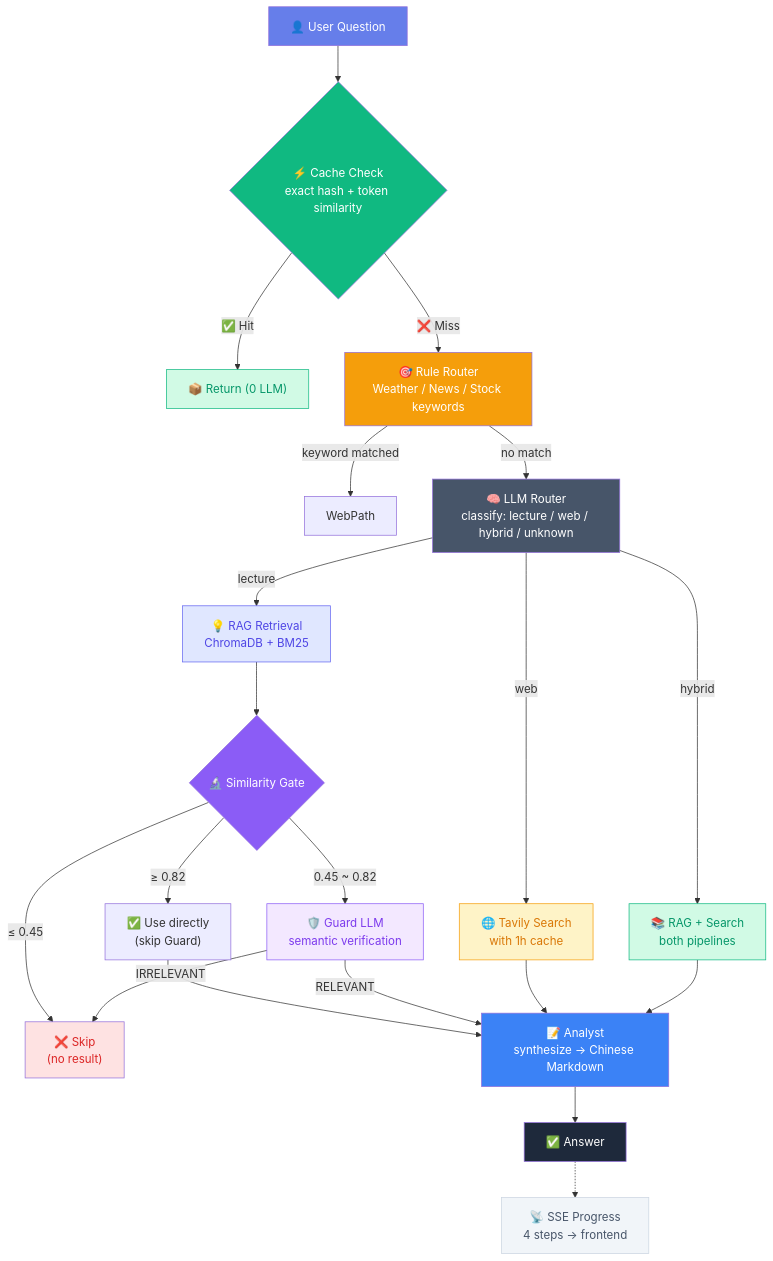
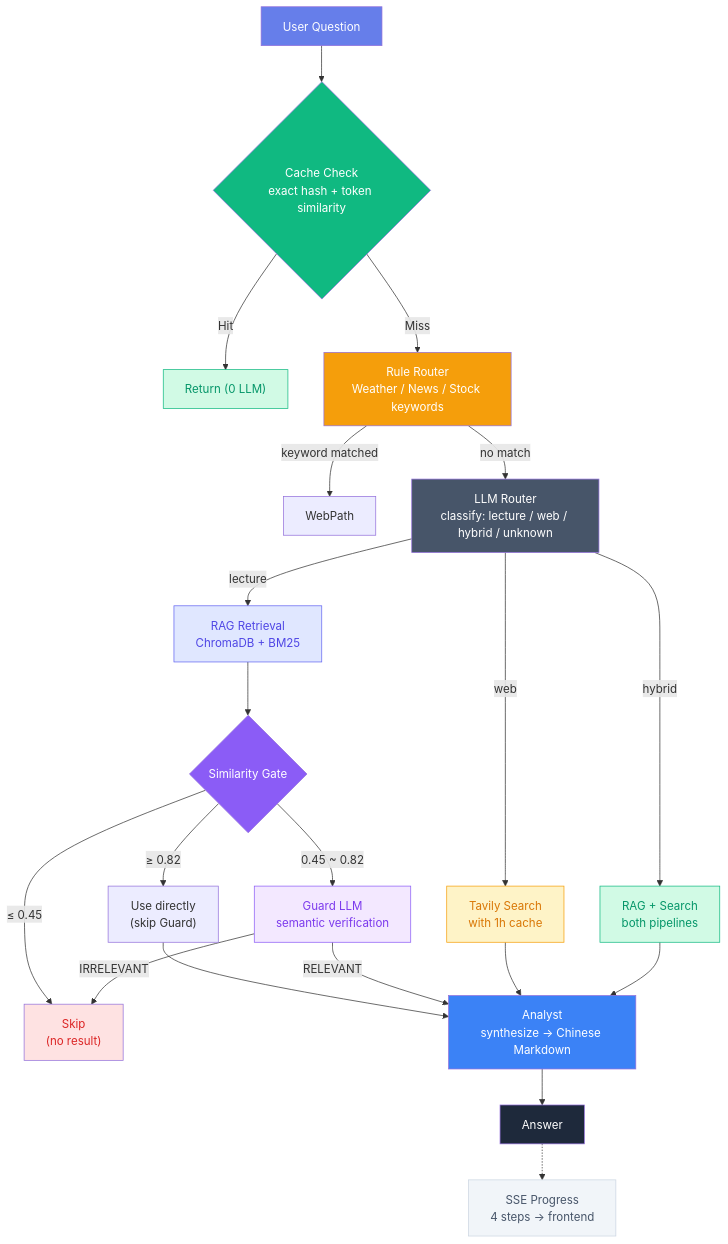
The first of 5 diagrams in picts/diagrams.md (spirit-revenge/multi-agent), drawn with Mermaid before and after one commit. The commit also changed other lines of this file and 8 other files, not shown here.

````diff
--- a/picts/diagrams.md
+++ b/picts/diagrams.md
@@ -5,46 +5,46 @@
 ```mermaid
 flowchart TD
-    Q["👤 User Question"]
+    Q["User Question"]
     
-    Q --> Cache{"⚡ Cache Check<br/>exact hash + token similarity"}
-    Cache -->|"✅ Hit"| Return["📦 Return (0 LLM)"]
-    Cache -->|"❌ Miss"| Rule["🎯 Rule Router<br/>Weather / News / Stock keywords"]
+    Q --> Cache{"Cache Check<br/>exact hash + token similarity"}
+    Cache -->|"Hit"| Return["Return (0 LLM)"]
+    Cache -->|"Miss"| Rule["Rule Router<br/>Weather / News / Stock keywords"]
     
     Rule -->|"keyword matched"| WebPath
-    Rule -->|"no match"| LLMRouter["🧠 LLM Router<br/>classify: lecture / web / hybrid / unknown"]
+    Rule -->|"no match"| LLMRouter["LLM Router<br/>classify: lecture / web / hybrid / unknown"]
     
-    LLMRouter -->|"lecture"| RAG["💡 RAG Retrieval<br/>ChromaDB + BM25"]
-    LLMRouter -->|"web"| Tavily["🌐 Tavily Search<br/>with 1h cache"]
-    LLMRouter -->|"hybrid"| Both["📚 RAG + Search<br/>both pipelines"]
+    LLMRouter -->|"lecture"| RAG["RAG Retrieval<br/>ChromaDB + BM25"]
+    LLMRouter -->|"web"| Tavily["Tavily Search<br/>with 1h cache"]
+    LLMRouter -->|"hybrid"| Both["RAG + Search<br/>both pipelines"]
     
-    RAG --> Gate{"🔬 Similarity Gate"}
-    Gate -->|"≥ 0.82"| SkipGuard["✅ Use directly<br/>(skip Guard)"]
-    Gate -->|"0.45 ~ 0.82"| Guard["🛡️ Guard LLM<br/>semantic verification"]
-    Gate -->|"≤ 0.45"| SkipAll["❌ Skip<br/>(no result)"]
+    RAG --> Gate{"Similarity Gate"}
+    Gate -->|"≥ 0.82"| SkipGuard["Use directly<br/>(skip Guard)"]
+    Gate -->|"0.45 ~ 0.82"| Guard["Guard LLM<br/>semantic verification"]
+    Gate -->|"≤ 0.45"| SkipAll["Skip<br/>(no result)"]
     
     SkipGuard --> Analyst
     Guard -->|"RELEVANT"| Analyst
     Guard -->|"IRRELEVANT"| SkipAll
     Tavily --> Analyst
     Both --> Analyst
     
-    Analyst["📝 Analyst<br/>synthesize → Chinese Markdown"]
-    Analyst --> Answer["✅ Answer"]
+    Analyst["Analyst<br/>synthesize → Chinese Markdown"]
+    Analyst --> Answer["Answer"]
     
-    Answer -.-> SSE["📡 SSE Progress<br/>4 steps → frontend"]
+    Answer -.-> SSE["SSE Progress<br/>4 steps → frontend"]
 
     style Q fill:#667eea,color:#fff
     style Cache fill:#10b981,color:#fff
     style Return fill:#d1fae5,color:#059669,stroke:#10b981
     style Rule fill:#f59e0b,color:#fff
     style LLMRouter fill:#475569,color:#fff
     style RAG fill:#e0e7ff,color:#4f46e5,stroke:#6366f1
     style Tavily fill:#fef3c7,color:#d97706,stroke:#f59e0b
     style Both fill:#d1fae5,color:#059669,stroke:#10b981
     style Gate fill:#8b5cf6,color:#fff
     style Guard fill:#f3e8ff,color:#7c3aed,stroke:#8b5cf6
     style Analyst fill:#3b82f6,color:#fff
     style Answer fill:#1e293b,color:#fff
     style SSE fill:#f1f5f9,color:#475569,stroke:#cbd5e1
     style SkipAll fill:#fee2e2,color:#dc2626
 ```
````
